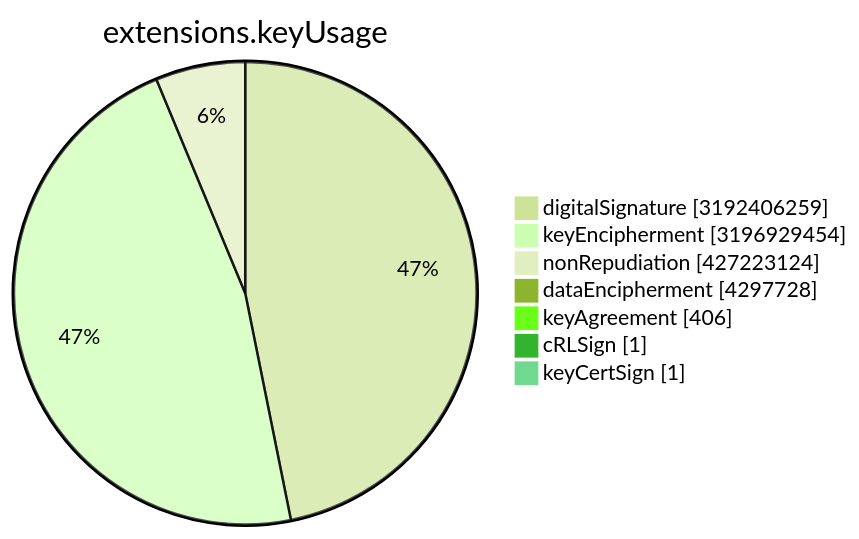
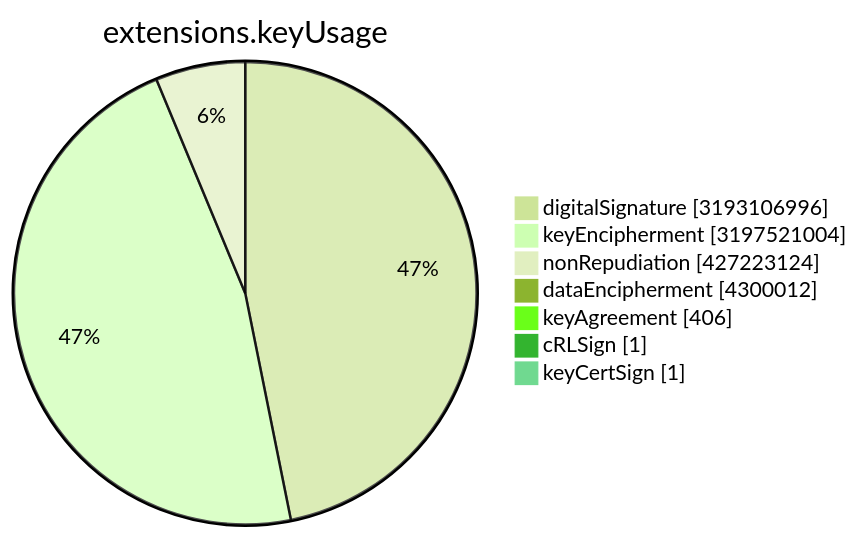
One commit to christiankrug/ctmonitor_visualization changed the sixth of 15 diagrams in TOTAL/README.md. Above: the diagram before and after it, drawn with Mermaid (forest theme). The commit also changed other lines of this file, not shown here.

````diff
--- a/TOTAL/README.md
+++ b/TOTAL/README.md
@@ -3077,11 +3077,11 @@
 ```mermaid
 pie showData
 title extensions.keyUsage
-"digitalSignature" :3192406259
-"keyEncipherment" :3196929454
+"digitalSignature" :3193106996
+"keyEncipherment" :3197521004
 "nonRepudiation" :427223124
-"dataEncipherment" :4297728
+"dataEncipherment" :4300012
 "keyAgreement" :406
 "cRLSign" :1
 "keyCertSign" :1
 ```
````
